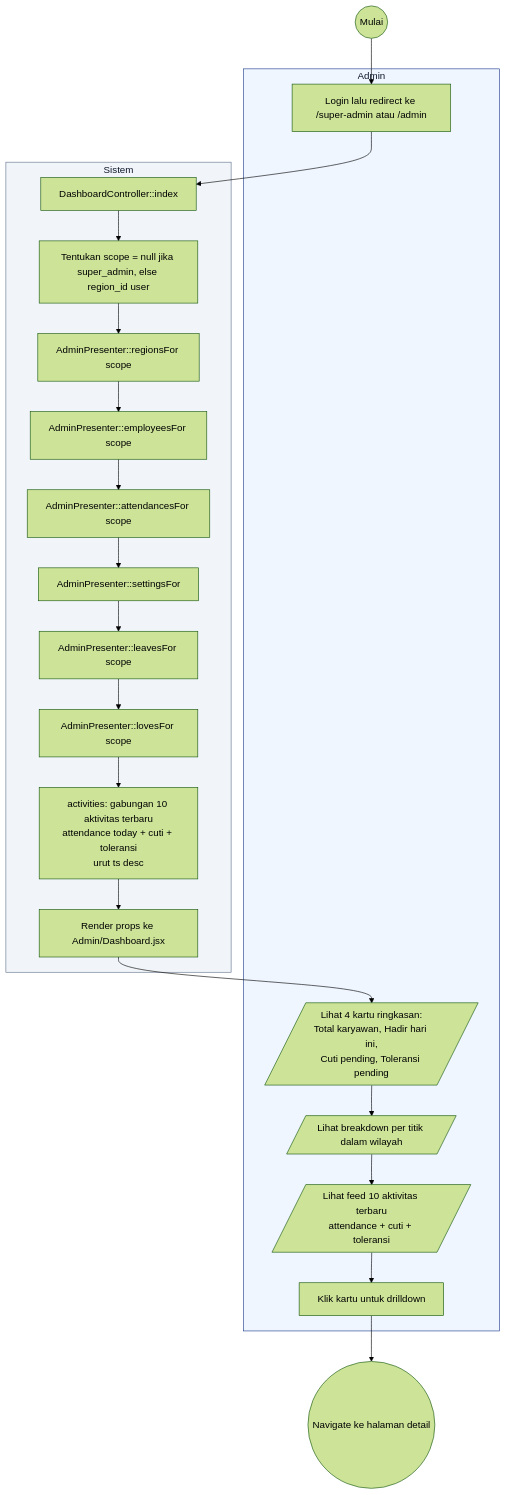
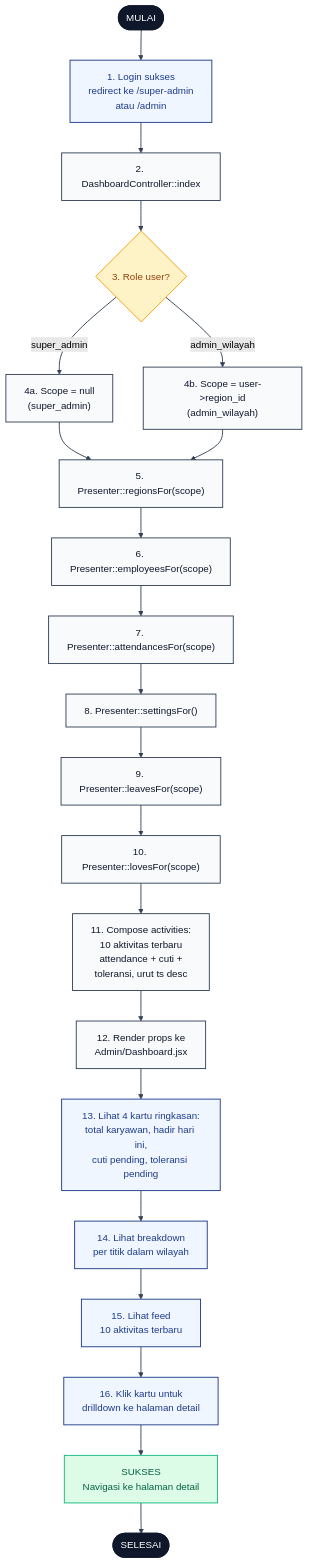
The diagram in docs/activity-diagrams/21-dashboard-admin.md (radacore/absensi-pu), drawn with Mermaid (forest theme) before and after one commit. The commit also changed other lines of this file and 22 other files, not shown here.

First line of the commit message:
docs(diagram): terapkan pola mermaid flowchart TD ke 23 diagram sisanya

````diff
--- a/docs/activity-diagrams/21-dashboard-admin.md
+++ b/docs/activity-diagrams/21-dashboard-admin.md
@@ -12,46 +12,61 @@
 ```mermaid
 flowchart TD
-    Start((Mulai)) --> A1
+    START([MULAI]):::se
 
-    subgraph Admin[Admin]
-        A1[Login lalu redirect ke /super-admin atau /admin]
-        A2[/Lihat 4 kartu ringkasan:<br/>Total karyawan, Hadir hari ini,<br/>Cuti pending, Toleransi pending/]
-        A3[/Lihat breakdown per titik dalam wilayah/]
-        A4[/Lihat feed 10 aktivitas terbaru<br/>attendance + cuti + toleransi/]
-        A5[Klik kartu untuk drilldown]
-    end
+    A1["1. Login sukses<br/>redirect ke /super-admin<br/>atau /admin"]:::user
+    S1["2. DashboardController::index"]:::sys
+    D1{"3. Role user?"}:::dec
 
-    subgraph Sistem[Sistem]
-        S1[DashboardController::index]
-        S2[Tentukan scope = null jika super_admin, else region_id user]
-        S3[AdminPresenter::regionsFor scope]
-        S4[AdminPresenter::employeesFor scope]
-        S5[AdminPresenter::attendancesFor scope]
-        S6[AdminPresenter::settingsFor]
-        S7[AdminPresenter::leavesFor scope]
-        S8[AdminPresenter::lovesFor scope]
-        S9[activities: gabungan 10 aktivitas terbaru<br/>attendance today + cuti + toleransi<br/>urut ts desc]
-        S10[Render props ke Admin/Dashboard.jsx]
-    end
+    S2a["4a. Scope = null<br/>(super_admin)"]:::sys
+    S2b["4b. Scope = user->region_id<br/>(admin_wilayah)"]:::sys
 
+    S3["5. Presenter::regionsFor(scope)"]:::sys
+    S4["6. Presenter::employeesFor(scope)"]:::sys
+    S5["7. Presenter::attendancesFor(scope)"]:::sys
+    S6["8. Presenter::settingsFor()"]:::sys
+    S7["9. Presenter::leavesFor(scope)"]:::sys
+    S8["10. Presenter::lovesFor(scope)"]:::sys
+
+    S9["11. Compose activities:<br/>10 aktivitas terbaru<br/>attendance + cuti +<br/>toleransi, urut ts desc"]:::sys
+    S10["12. Render props ke<br/>Admin/Dashboard.jsx"]:::sys
+
+    A2["13. Lihat 4 kartu ringkasan:<br/>total karyawan, hadir hari ini,<br/>cuti pending, toleransi pending"]:::user
+    A3["14. Lihat breakdown<br/>per titik dalam wilayah"]:::user
+    A4["15. Lihat feed<br/>10 aktivitas terbaru"]:::user
+    A5["16. Klik kartu untuk<br/>drilldown ke halaman detail"]:::user
+
+    OK["SUKSES<br/>Navigasi ke halaman detail"]:::ok
+    END([SELESAI]):::se
+
+    START --> A1
     A1 --> S1
-    S1 --> S2
-    S2 --> S3
+    S1 --> D1
+
+    D1 -->|super_admin| S2a
+    D1 -->|admin_wilayah| S2b
+
+    S2a --> S3
+    S2b --> S3
     S3 --> S4
     S4 --> S5
     S5 --> S6
     S6 --> S7
     S7 --> S8
     S8 --> S9
     S9 --> S10
     S10 --> A2
     A2 --> A3
     A3 --> A4
     A4 --> A5
-    A5 --> End((Navigate ke halaman detail))
+    A5 --> OK
+    OK --> END
 
-    classDef actor fill:#EFF6FF,stroke:#1E3A8A,stroke-width:1px,color:#0F172A
-    classDef system fill:#F1F5F9,stroke:#64748B,stroke-width:1px,color:#0F172A
-    class Admin actor
-    class Sistem system
+    classDef se fill:#0F172A,stroke:#0F172A,color:#fff,stroke-width:2px
+    classDef user fill:#EFF6FF,stroke:#1E3A8A,color:#1E3A8A,stroke-width:1.5px
+    classDef sys fill:#F8FAFC,stroke:#334155,color:#0F172A,stroke-width:1.5px
+    classDef dec fill:#FEF3C7,stroke:#F59E0B,color:#92400E,stroke-width:1.5px
+    classDef err fill:#FEE2E2,stroke:#EF4444,color:#991B1B,stroke-width:1.5px
+    classDef ok fill:#DCFCE7,stroke:#10B981,color:#065F46,stroke-width:1.5px
+
+    linkStyle default stroke:#334155,stroke-width:1.5px
 ```
````
